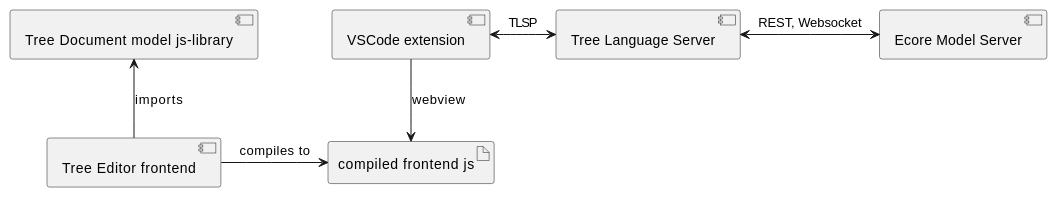
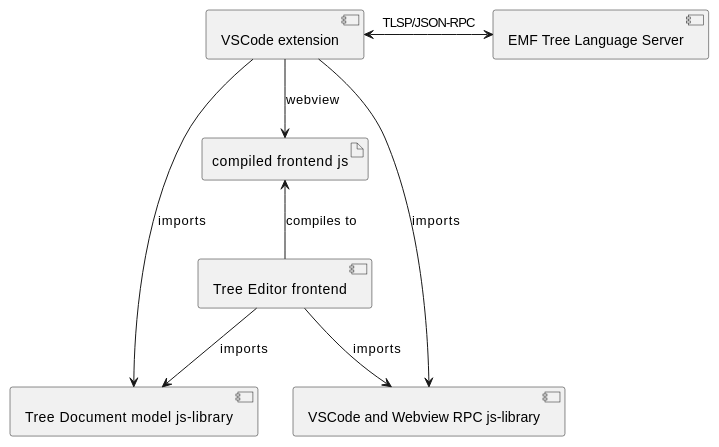
Before and after one commit to krissrex/tdt4900-master-thesis-ecore-tree-editor: the diagram in Readme.md, drawn with PlantUML. The commit also changed other lines of this file, not shown here.

Commit message:
Update plantuml diagram
Note, the generic/specific domains overview is now outdated.

````diff
--- a/Readme.md
+++ b/Readme.md
@@ -18,17 +18,19 @@
 ```plantuml
 @startuml
+[Tree Editor frontend] as TEf
 [VSCode extension] as VSCEx
-[Tree Editor frontend] as TEf
-[Tree Language Server] as TLS
-[Ecore Model Server] as EMS
+[EMF Tree Language Server] as TLS
 [Tree Document model js-library] as TDMlib
+[VSCode and Webview RPC js-library] as VSCWVRPC
 
 artifact "compiled frontend js" as cfs
 
-TEf -> cfs : compiles to
+TEf -up-> cfs : compiles to
+TEf --> VSCWVRPC : imports
+TEf --> TDMlib : imports
+VSCEx --> VSCWVRPC : imports
+VSCEx --> TDMlib : imports
 VSCEx --> cfs : webview
-VSCEx <-> TLS : TLSP
-TLS <-> EMS : REST, Websocket
-TDMlib <-- TEf : imports
+VSCEx <-> TLS : TLSP/JSON-RPC
 @enduml
 ```
````
